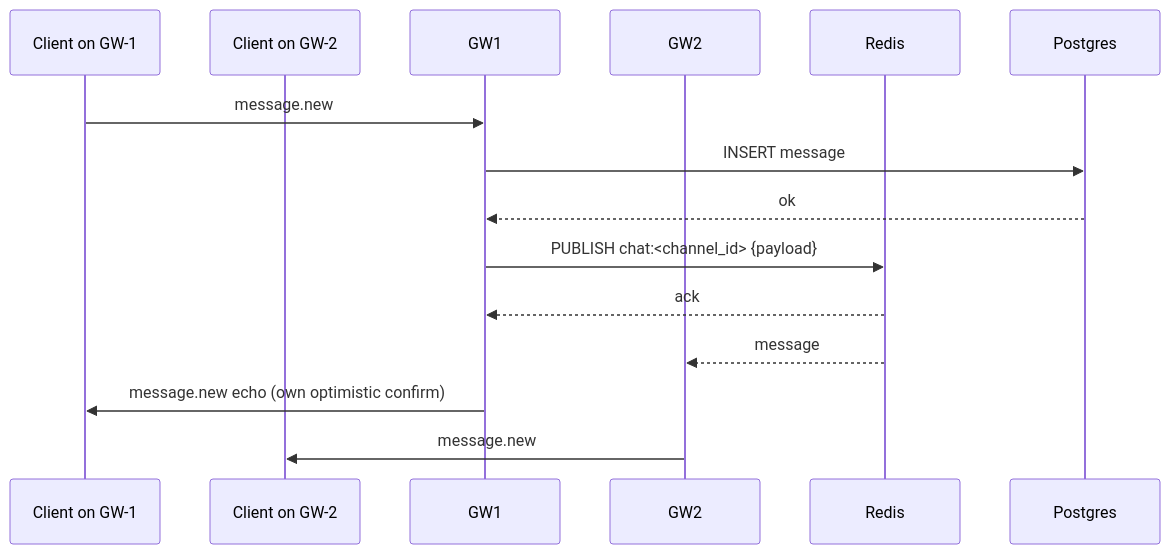
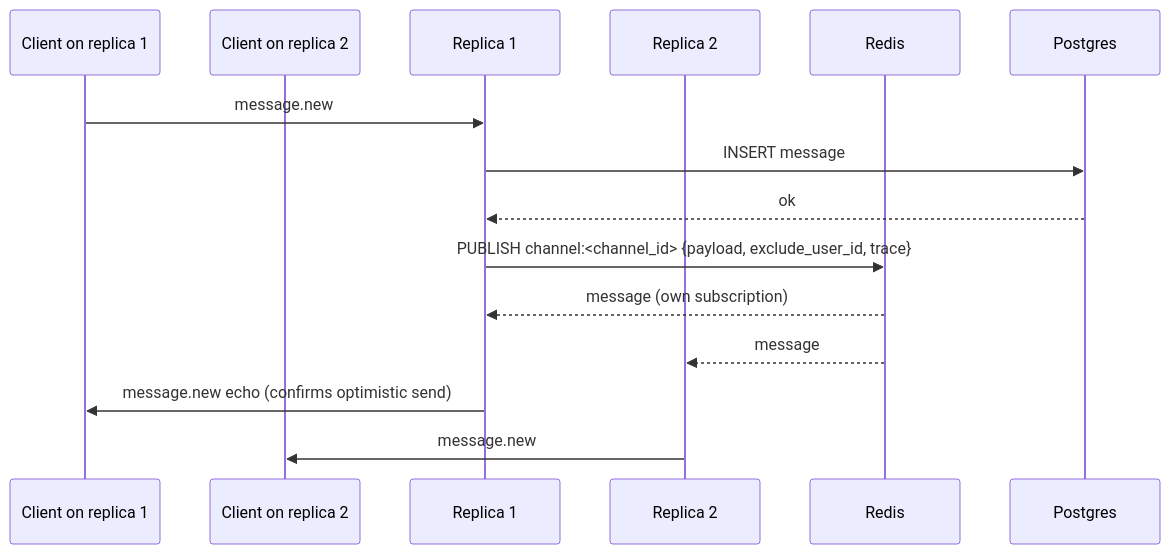
Before and after one commit to shrxyo/chat-engine: the fourth of 5 diagrams in docs/ARCHITECTURE.md, drawn with Mermaid. The commit also changed other lines of this file and 3 other files, not shown here.

Commit message:
docs(S12.1): as-built architecture, measured benchmarks, resume wording

````diff
--- a/docs/ARCHITECTURE.md
+++ b/docs/ARCHITECTURE.md
@@ -217,18 +260,18 @@
 ```mermaid
 sequenceDiagram
-  participant C1 as Client on GW-1
-  participant C2 as Client on GW-2
-  participant GW1
-  participant GW2
+  participant C1 as Client on replica 1
+  participant C2 as Client on replica 2
+  participant GW1 as Replica 1
+  participant GW2 as Replica 2
   participant R as Redis
   participant DB as Postgres
 
   C1->>GW1: message.new
   GW1->>DB: INSERT message
   DB-->>GW1: ok
-  GW1->>R: PUBLISH chat:<channel_id> {payload}
-  R-->>GW1: ack
+  GW1->>R: PUBLISH channel:<channel_id> {payload, exclude_user_id, trace}
+  R-->>GW1: message (own subscription)
   R-->>GW2: message
-  GW1->>C1: message.new echo (own optimistic confirm)
+  GW1->>C1: message.new echo (confirms optimistic send)
   GW2->>C2: message.new
 ```
````
